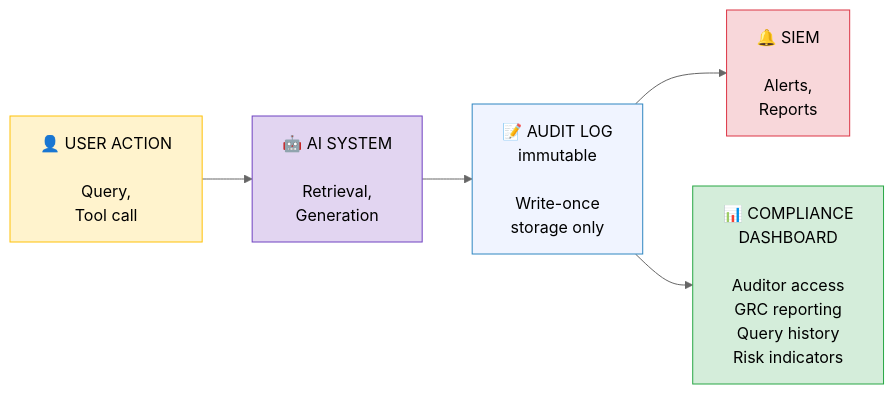
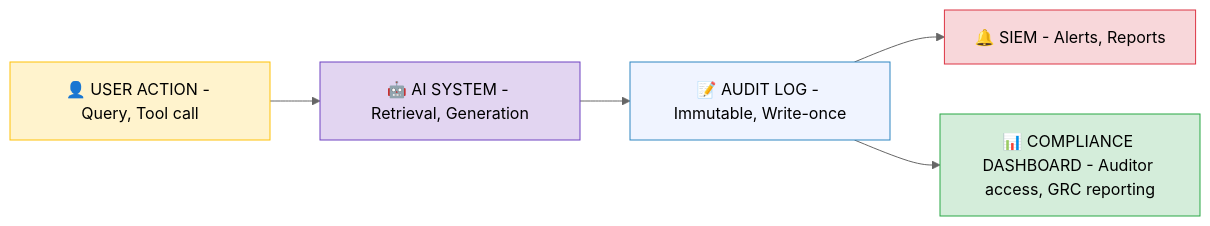
One commit to ithinktavo/GenAI-Engineering-Handbook changed the third of 3 diagrams in docs/10-governance.md. Above: the diagram before and after it, drawn with Mermaid (neutral theme). The commit also changed other lines of this file and 9 other files, not shown here.

First line of the commit message:
Fix Mermaid rendering: remove emoji from subgraph titles and unsupported syntax

````diff
--- a/docs/10-governance.md
+++ b/docs/10-governance.md
@@ -159,13 +159,13 @@
 ```mermaid
 graph LR
-    U["👤 USER ACTION\n\nQuery,\nTool call"] --> AI["🤖 AI SYSTEM\n\nRetrieval,\nGeneration"]
-    AI --> LOG["📝 AUDIT LOG\nimmutable\n\nWrite-once\nstorage only"]
-    LOG --> SIEM["🔔 SIEM\n\nAlerts,\nReports"]
-    LOG --> DASH["📊 COMPLIANCE\nDASHBOARD\n\nAuditor access\nGRC reporting\nQuery history\nRisk indicators"]
+    U["👤 USER ACTION - Query, Tool call"] --> AI["🤖 AI SYSTEM - Retrieval, Generation"]
+    AI --> LOG["📝 AUDIT LOG - Immutable, Write-once"]
+    LOG --> SIEM["🔔 SIEM - Alerts, Reports"]
+    LOG --> DASH["📊 COMPLIANCE DASHBOARD - Auditor access, GRC reporting"]
 
-    style U fill:#fff3cd,stroke:#ffc107,color:#000
-    style AI fill:#e2d5f1,stroke:#6f42c1,color:#000
-    style LOG fill:#f0f4ff,stroke:#2E86C1,color:#000
-    style SIEM fill:#f8d7da,stroke:#dc3545,color:#000
-    style DASH fill:#d4edda,stroke:#28a745,color:#000
+    style U fill:#fff3cd,stroke:#ffc107
+    style AI fill:#e2d5f1,stroke:#6f42c1
+    style LOG fill:#f0f4ff,stroke:#2E86C1
+    style SIEM fill:#f8d7da,stroke:#dc3545
+    style DASH fill:#d4edda,stroke:#28a745
 ```
````
